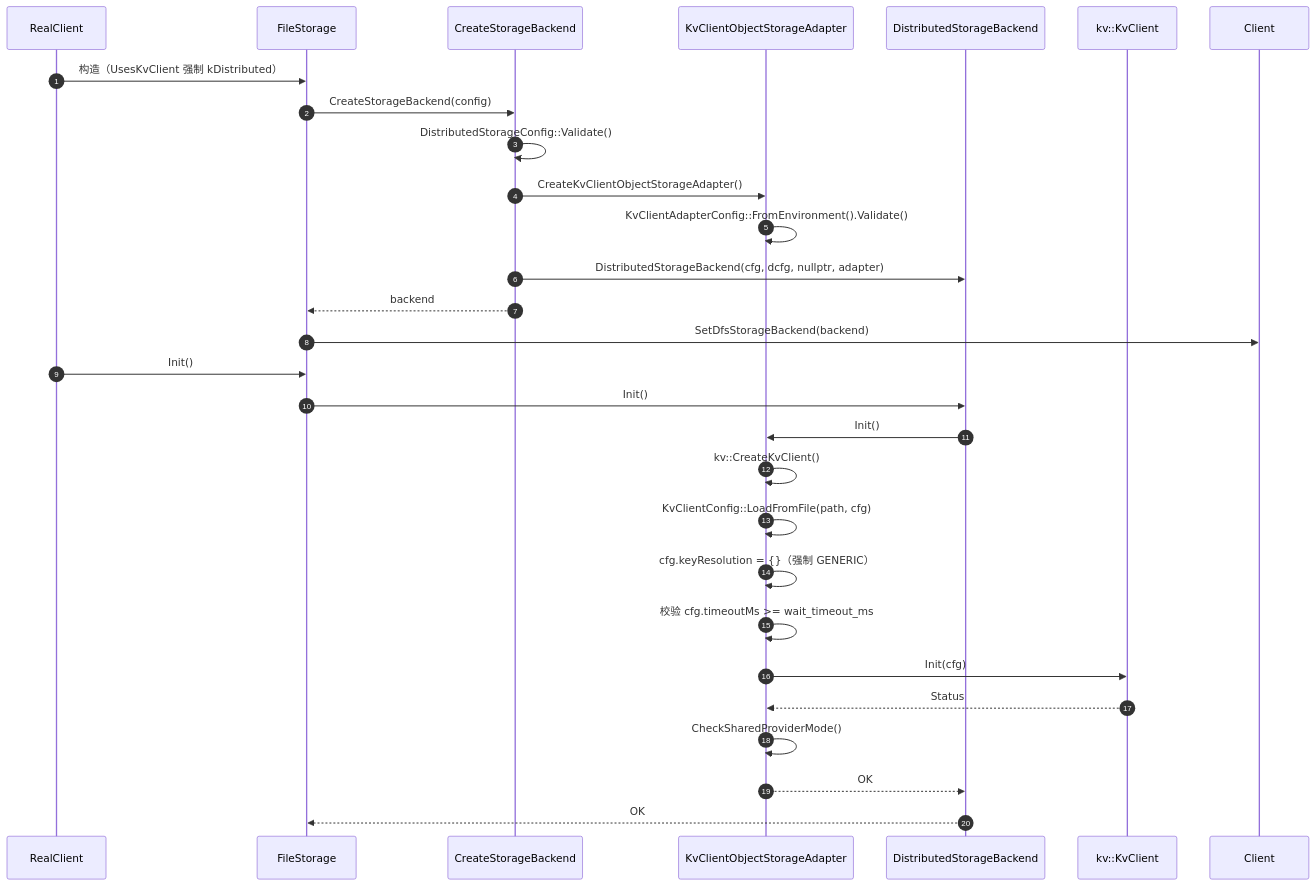
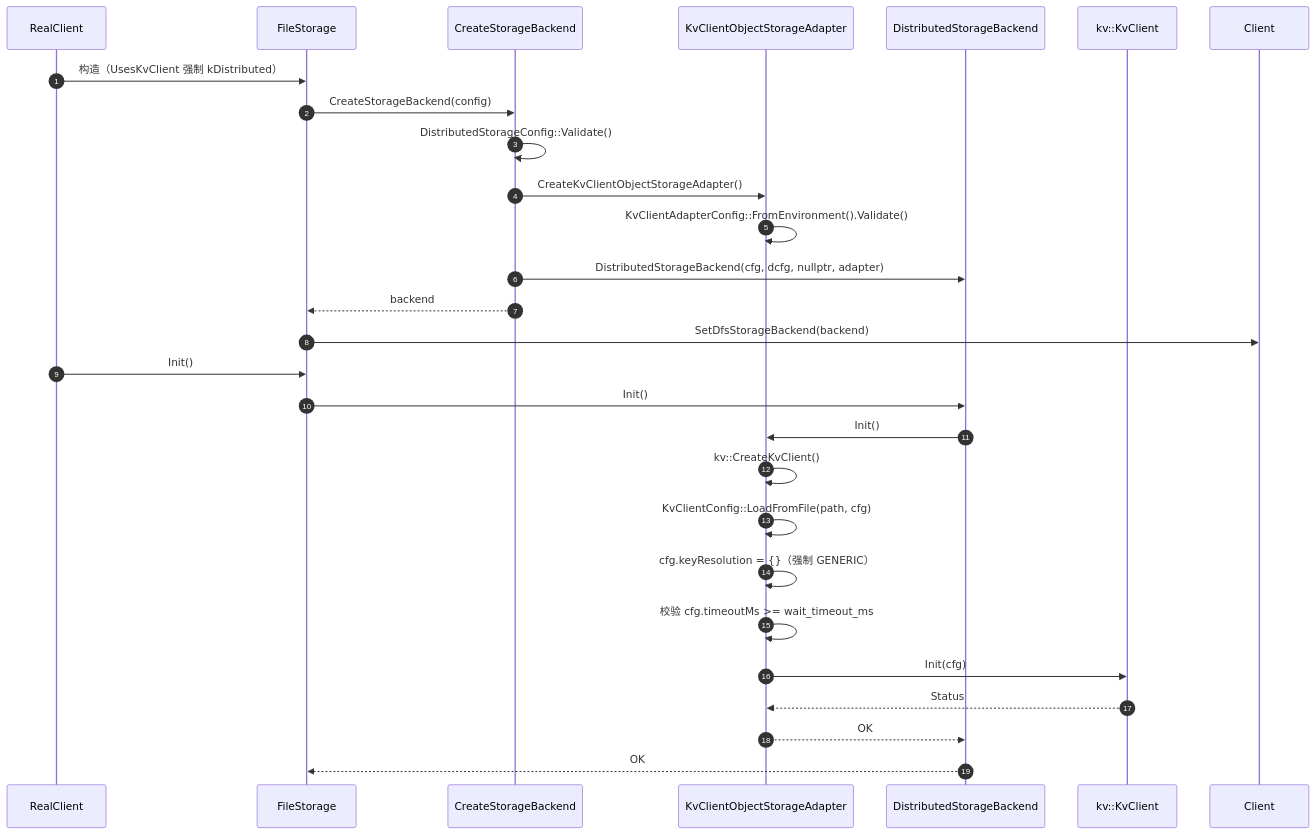
The third of 9 diagrams in Mooncake + KVClient L3 接入（Kvcs）- PR 实施设计.md (zwj20000328-dotcom/Mooncake-documents), drawn with Mermaid before and after one commit. The commit also changed other lines of this file and 2 other files, not shown here.

````diff
--- a/Mooncake + KVClient L3 接入（Kvcs）- PR 实施设计.md
+++ b/Mooncake + KVClient L3 接入（Kvcs）- PR 实施设计.md
@@ -127,32 +127,31 @@
 ```mermaid
 sequenceDiagram
     autonumber
     participant RC as RealClient
     participant FS as FileStorage
     participant F as CreateStorageBackend
     participant AD as KvClientObjectStorageAdapter
     participant BE as DistributedStorageBackend
     participant SDK as kv::KvClient
     participant C as Client
 
     RC->>FS: 构造（UsesKvClient 强制 kDistributed）
     FS->>F: CreateStorageBackend(config)
     F->>F: DistributedStorageConfig::Validate()
     F->>AD: CreateKvClientObjectStorageAdapter()
     AD->>AD: KvClientAdapterConfig::FromEnvironment().Validate()
     F->>BE: DistributedStorageBackend(cfg, dcfg, nullptr, adapter)
     F-->>FS: backend
     FS->>C: SetDfsStorageBackend(backend)
     RC->>FS: Init()
     FS->>BE: Init()
     BE->>AD: Init()
     AD->>AD: kv::CreateKvClient()
     AD->>AD: KvClientConfig::LoadFromFile(path, cfg)
     AD->>AD: cfg.keyResolution = {}（强制 GENERIC）
     AD->>AD: 校验 cfg.timeoutMs >= wait_timeout_ms
     AD->>SDK: Init(cfg)
     SDK-->>AD: Status
-    AD->>AD: CheckSharedProviderMode()
     AD-->>BE: OK
     BE-->>FS: OK
 ```
````
